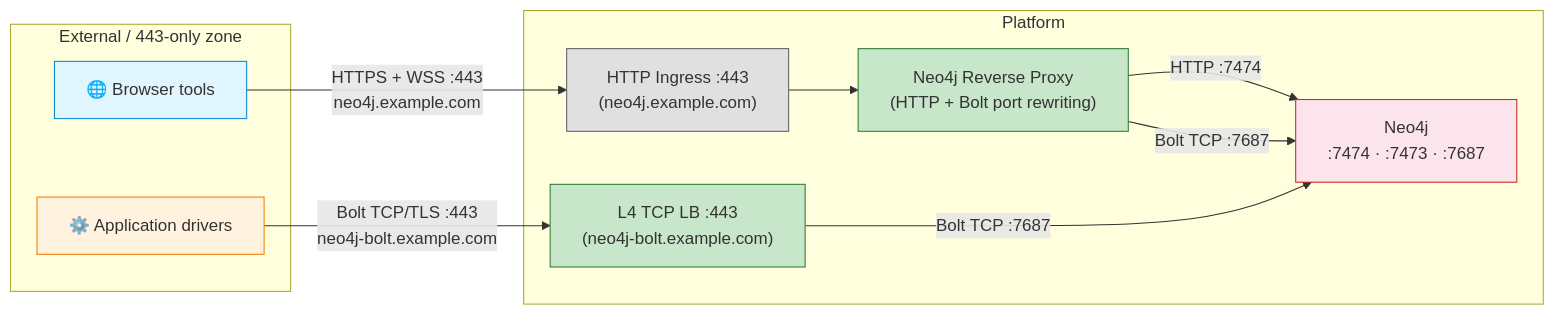
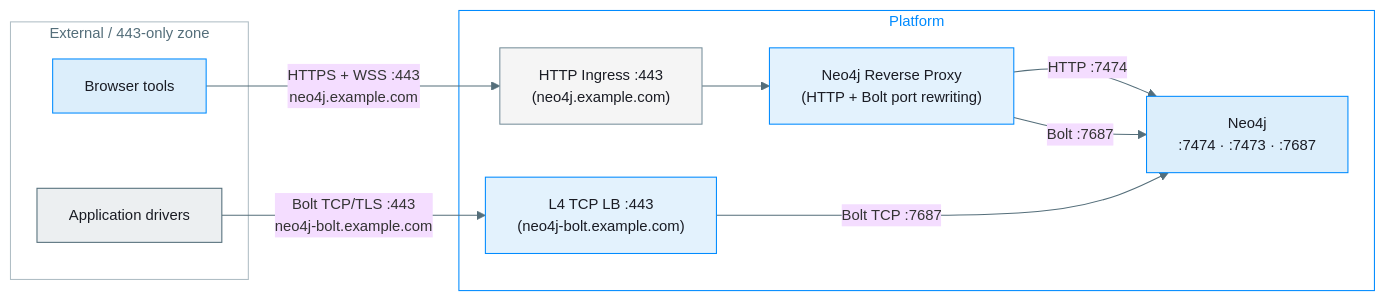
Before and after one commit to sebastien-paltrie-neo4j/neo4j-kubernetes: the third of 4 diagrams in neo4j-client-access-patterns.md, drawn with Mermaid. The commit also changed other lines of this file, not shown here.

Commit message:
tweak styling mermaid font

````diff
--- a/neo4j-client-access-patterns.md
+++ b/neo4j-client-access-patterns.md
@@ -146,29 +155,32 @@
 ```mermaid
+%%{init: {'theme':'base', 'themeVariables': {'lineColor':'#546E7A','fontSize':'14px'}}}%%
 flowchart LR
     subgraph external ["External / 443‑only zone"]
-        user2["🌐 Browser tools"]
-        drv["⚙️ Application drivers"]
+        user2["Browser tools"]
+        drv["Application drivers"]
     end
 
     subgraph cluster ["Platform"]
         gw2["HTTP Ingress :443\n(neo4j.example.com)"]
         rp3["Neo4j Reverse Proxy\n(HTTP + Bolt port rewriting)"]
         tcp_lb["L4 TCP LB :443\n(neo4j-bolt.example.com)"]
         neo4j_c["Neo4j\n:7474 · :7473 · :7687"]
     end
 
     user2 -- "HTTPS + WSS :443\nneo4j.example.com" --> gw2
     gw2 --> rp3
     rp3 -- "HTTP :7474" --> neo4j_c
-    rp3 -- "Bolt TCP :7687" --> neo4j_c
+    rp3 -- "Bolt :7687" --> neo4j_c
 
     drv -- "Bolt TCP/TLS :443\nneo4j-bolt.example.com" --> tcp_lb
     tcp_lb -- "Bolt TCP :7687" --> neo4j_c
 
-    style user2 fill:#e1f5fe,stroke:#0288d1
-    style drv fill:#fff3e0,stroke:#f57c00
-    style gw2 fill:#e0e0e0,stroke:#616161
-    style rp3 fill:#c8e6c9,stroke:#2e7d32
-    style tcp_lb fill:#c8e6c9,stroke:#2e7d32
-    style neo4j_c fill:#fce4ec,stroke:#c62828
+    style user2 fill:#DCEEFB,stroke:#018BFF,color:#1A1C24
+    style drv fill:#ECEFF1,stroke:#546E7A,color:#1A1C24
+    style gw2 fill:#F5F5F5,stroke:#78909C,color:#1A1C24
+    style rp3 fill:#E3F2FD,stroke:#018BFF,color:#1A1C24
+    style tcp_lb fill:#E3F2FD,stroke:#018BFF,color:#1A1C24
+    style neo4j_c fill:#DCEEFB,stroke:#018BFF,color:#1A1C24
+    style external fill:none,stroke:#B0BEC5,color:#546E7A
+    style cluster fill:none,stroke:#018BFF,color:#018BFF
 ```
````
